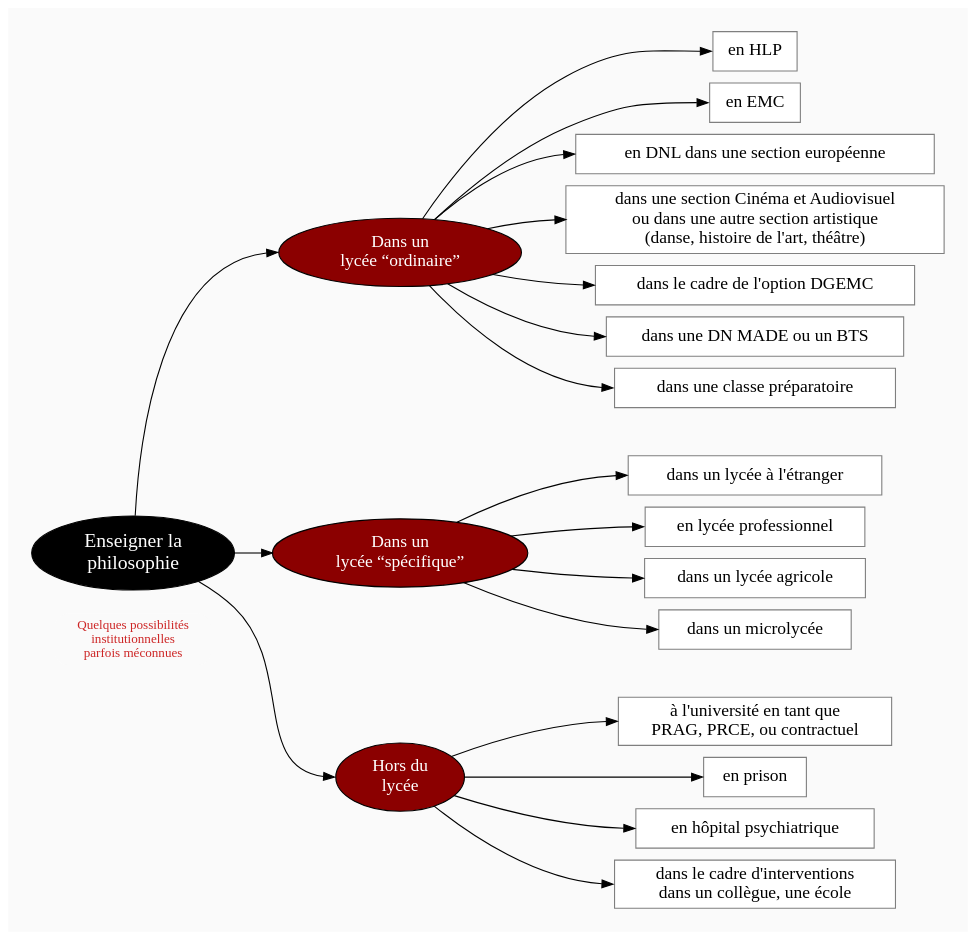
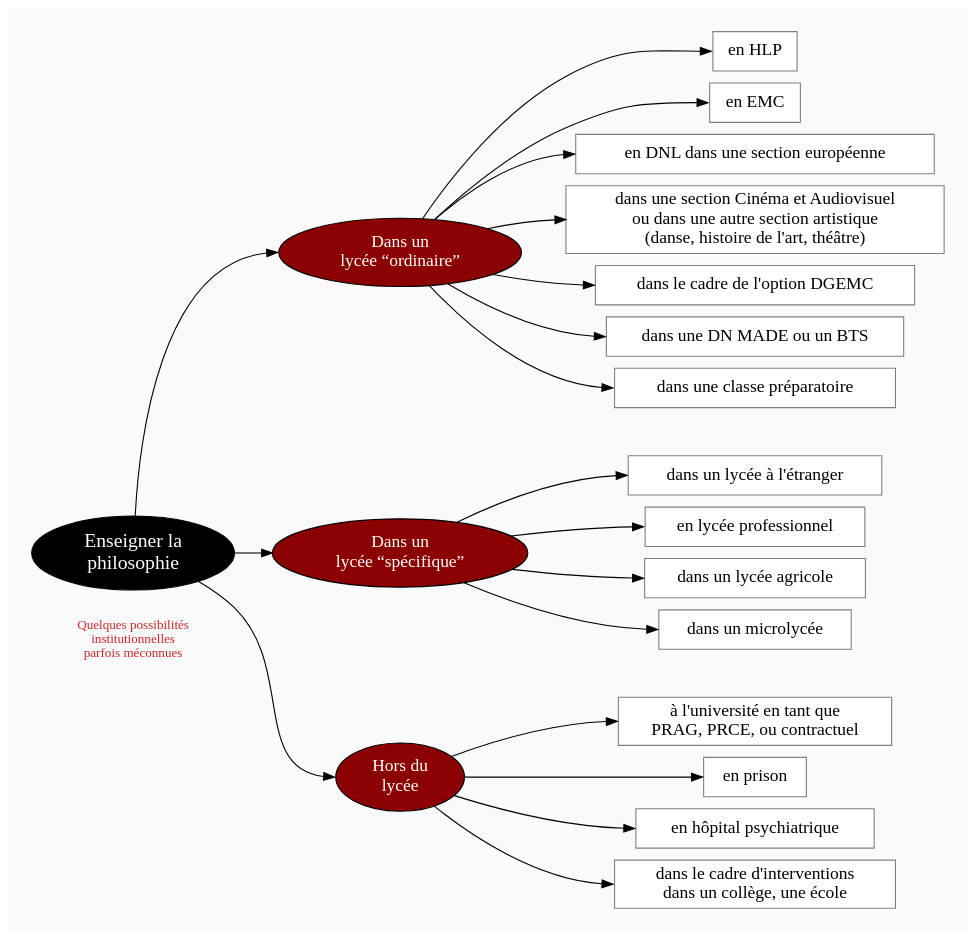
One commit to eyssette/graphviz-examples changed the diagram in diagram/enseigner-la-philosophie-differentes-possibilites.dot. Above: the diagram before and after it, drawn with Graphviz.

```diff
--- a/diagram/enseigner-la-philosophie-differentes-possibilites.dot
+++ b/diagram/enseigner-la-philosophie-differentes-possibilites.dot
@@ -1,97 +1,97 @@
 digraph G {
 // Template : diagram
 // Usage : 
 rankdir=LR
 splines=true
 //splines=curved
 bgcolor=grey98
 pad=0.3
 style=filled
 edge[minlen=4]
 node[style=filled, fontcolor=white]
 ranksep=0.1
 nodesep=0.15
 
 // NIVEAU 1
 node[fillcolor=12, fontsize=18]
 a1[label="Enseigner la
 philosophie"]
 
 // NIVEAU 2
 node[fillcolor=red4, fontsize=16]
 a1->{
 b1[label="Dans un
 lycée “ordinaire”"]    
 b2[label="Dans un
 lycée “spécifique”"]    
 b3[label="Hors du
 lycée"]
 }[headport=w]
 
 node[fontcolor=black]
 // NIVEAU 3 (sans intermédiaire)
 node [shape=box, fillcolor=white, color=grey50]
 // c1[label=""]
 b1->{ca1,ca2,ca3,ca4,ca5, ca6, ca7}[headport=w]
 ca1[label="en HLP"]
 ca2[label="en EMC"]
 ca3[label="en DNL dans une section européenne"]
 ca4[label="dans une section Cinéma et Audiovisuel
 ou dans une autre section artistique
 (danse, histoire de l'art, théâtre)"]
 ca5[label="dans le cadre de l'option DGEMC"]
 
 ca6[label="dans une DN MADE ou un BTS"]
 ca7[label="dans une classe préparatoire"]
 
 b2->{cb1,cb2, cb3, cb4}[headport=w]
 cb1[label="dans un lycée à l'étranger"]
 cb2[label="en lycée professionnel"]
 cb3[label="dans un lycée agricole"]
 cb4[label="dans un microlycée"]
 
 b3->{cc1,cc2,cc3, cc4}[headport=w]
 cc1[label="à l'université en tant que
 PRAG, PRCE, ou contractuel"]
 cc2[label="en prison"]
 cc3[label="en hôpital psychiatrique"]
 cc4[label="dans le cadre d'interventions
-dans un collègue, une école"]
+dans un collège, une école"]
 
 {rank=same;ca7->cb1[style=invis]}
 {rank=same;cb4->cc1[style=invis]}
 
 // INTERMÉDIAIRE AVANT NIVEAU 3
 node[fillcolor=grey78, shape=oval]
 // [arrowhead=none]
 // bc1[label=""]
 
 // NIVEAU 3 (avec intermédiaire)
 node[fillcolor=white, shape=box, color=grey50]
 // c1[label=""]
 
 // NIVEAU 4
 node[style="filled,rounded", fillcolor=white, shape=box, color=grey50]
 // d1[label=""]
 
 
 
 // ÉTIQUETTES EN ROUGE
 node[shape=plaintext, fontcolor=firebrick3, fillcolor=grey98, fontsize=12]
 // e1[label=< <B>= Titre</B><BR /><BR />Contenu<BR /> >]
 // e1[label=""]
 // ->e1[minlen=1, style=invis]
 
 {rank=same;a1->e1[minlen=2, style=invis]}
 e1[label="Quelques possibilités
 institutionnelles
 parfois méconnues"]
 
 // REMARQUES EN BLEU
 node[color=blue, shape=box, margin=0.07, fontcolor=black, fontsize=12, style="dashed", penwidth=0.6]
 edge[color=blue, arrowhead="none", xlabel="", style="dashed", penwidth=0.6]
 // r1[label=""]
 // {rank=same;->r1}
 // {rank=same;r1->[dir=back]}
 
 }
```
